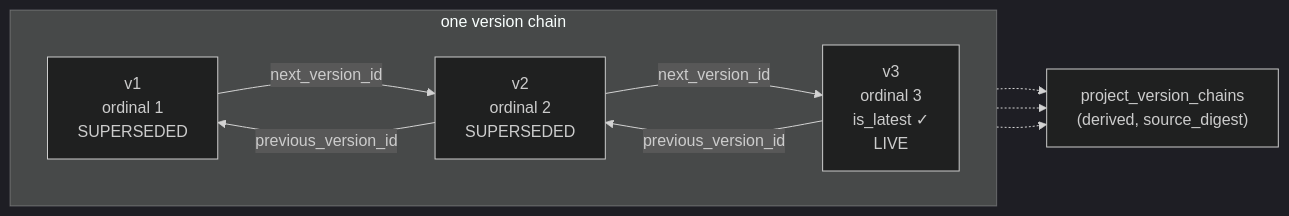
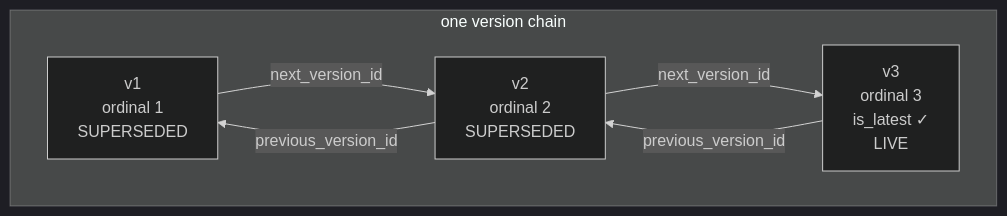
One commit to AmpliconSuite/AmpliconRepository changed the third of 5 diagrams in docs/backend-architecture.md. Above: the diagram before and after it, drawn with Mermaid (dark theme). The commit also changed other lines of this file and 8 other files, not shown here.

````diff
--- a/docs/backend-architecture.md
+++ b/docs/backend-architecture.md
@@ -172,17 +171,13 @@
 ```mermaid
 flowchart LR
     subgraph chain["one version chain"]
         direction LR
         V1["v1<br/>ordinal 1<br/>SUPERSEDED"]
         V2["v2<br/>ordinal 2<br/>SUPERSEDED"]
         V3["v3<br/>ordinal 3<br/>is_latest ✓<br/>LIVE"]
     end
     V1 -->|next_version_id| V2
     V2 -->|next_version_id| V3
     V3 -->|previous_version_id| V2
     V2 -->|previous_version_id| V1
-    CV["project_version_chains<br/>(derived, source_digest)"]
-    V3 -.-> CV
-    V2 -.-> CV
-    V1 -.-> CV
 ```
````
